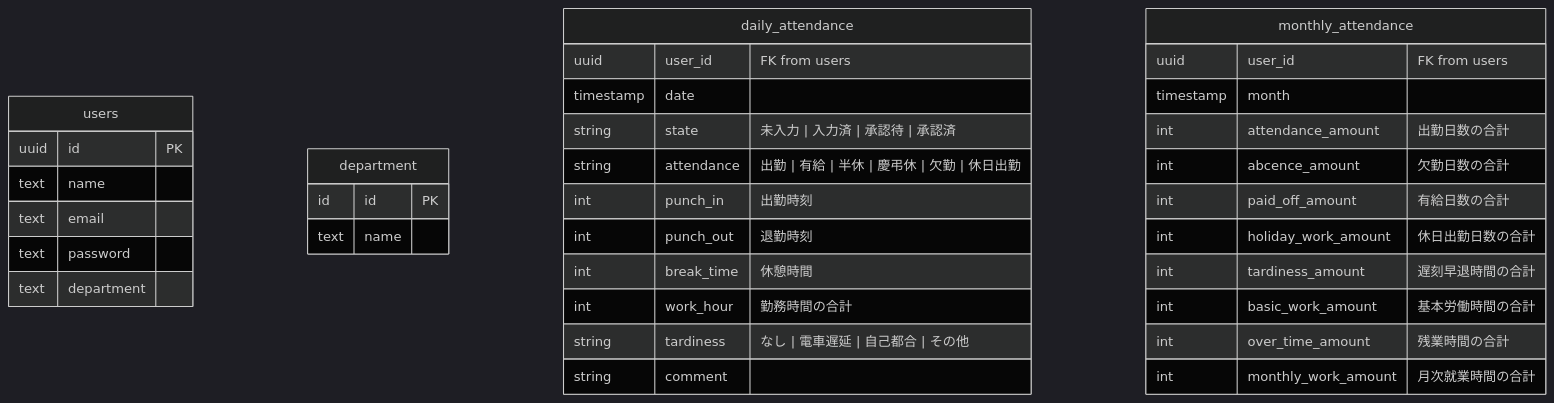
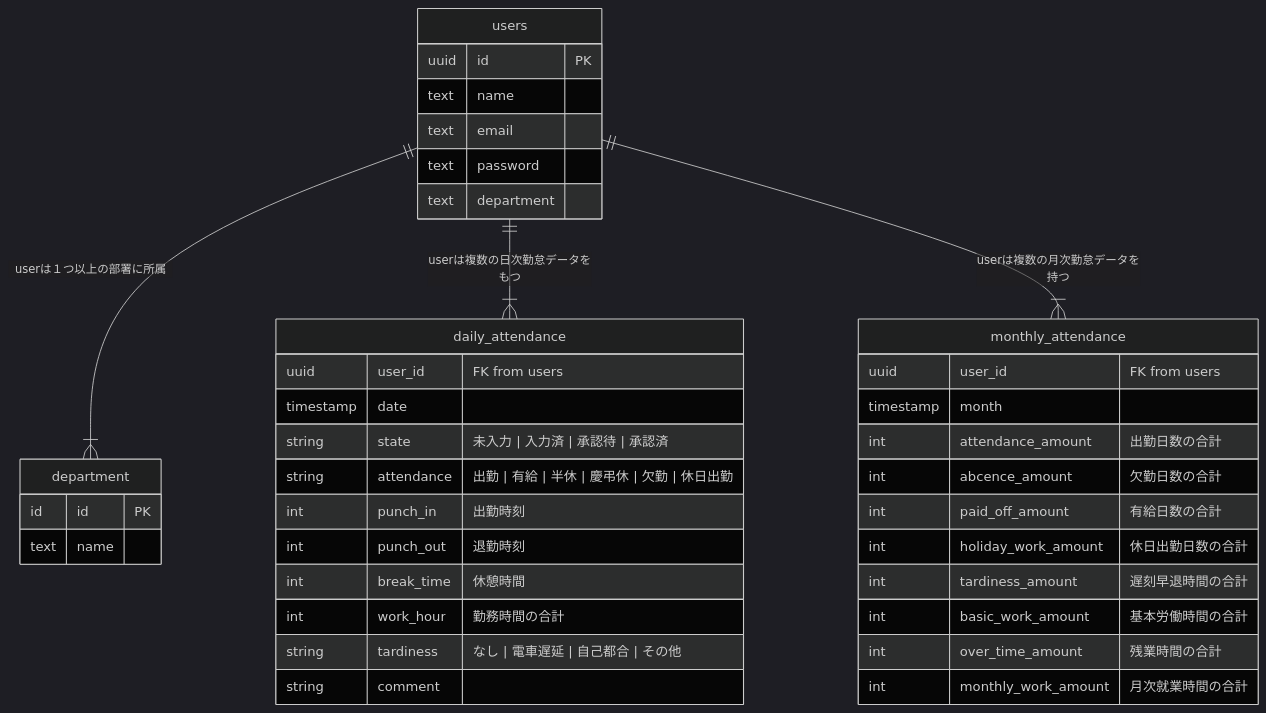
One commit to atom9916/e-navi-mock changed the diagram in database/database.md. Above: the diagram before and after it, drawn with Mermaid (dark theme). The commit also changed 2 other files, not shown here.

Commit message:
データER図を更新しました

````diff
--- a/database/database.md
+++ b/database/database.md
@@ -1,44 +1,49 @@
 ```mermaid
 
 erDiagram
+
+users||--|{ department: "userは１つ以上の部署に所属"
+users||--|{ daily_attendance: "userは複数の日次勤怠データをもつ"
+users||--|{ monthly_attendance: "userは複数の月次勤怠データを持つ"
+
 
 users{
   uuid id PK
   text name
   text email
   text password
   text department
 }
 
 department {
   id id PK
   text name
 }
 
 daily_attendance {
   uuid user_id "FK from users"
   timestamp date
   string state "未入力 | 入力済 | 承認待 | 承認済"
   string attendance "出勤 | 有給 | 半休 | 慶弔休 | 欠勤 | 休日出勤"
   int punch_in "出勤時刻"
   int punch_out "退勤時刻"
   int break_time "休憩時間"
   int work_hour  "勤務時間の合計"
   string tardiness "なし | 電車遅延 | 自己都合 | その他 "
   string comment
 }
 
 monthly_attendance {
   uuid user_id "FK from users"
   timestamp month
   int attendance_amount "出勤日数の合計"
   int abcence_amount "欠勤日数の合計"
   int paid_off_amount "有給日数の合計"
   int holiday_work_amount "休日出勤日数の合計"
   int tardiness_amount "遅刻早退時間の合計"
   int basic_work_amount "基本労働時間の合計"
   int over_time_amount "残業時間の合計"
   int monthly_work_amount "月次就業時間の合計"
 }
 
 ```
````
